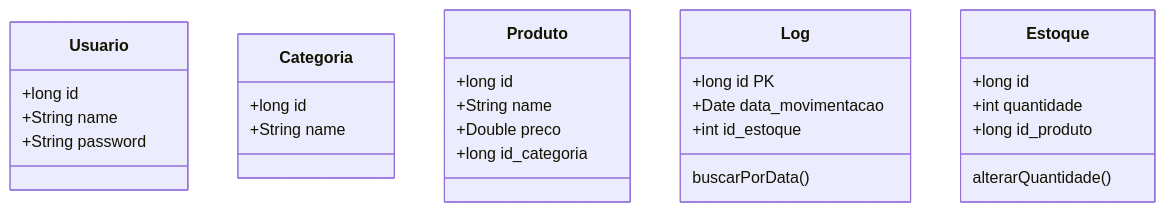
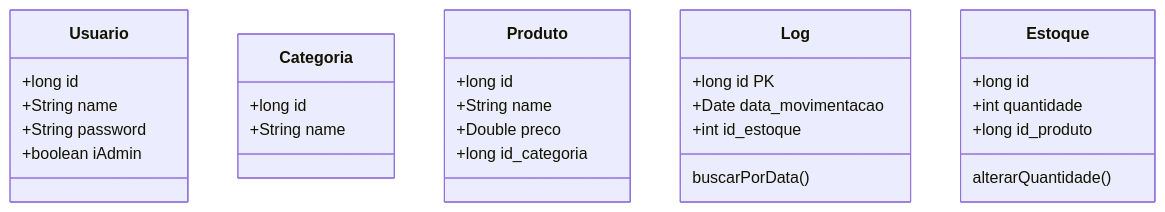
The first of 2 diagrams in docs/doc-modelos.md (uDiegoDantas/sistock), drawn with Mermaid before and after one commit. The commit also changed other lines of this file and 1 other file, not shown here.

Commit message:
fix: add novo perfil de usuario ao projeto (#21)

````diff
--- a/docs/doc-modelos.md
+++ b/docs/doc-modelos.md
@@ -7,24 +7,25 @@
 ```mermaid
 classDiagram
     Usuario : +long id
     Usuario : +String name
     Usuario : +String password
+    Usuario : +boolean iAdmin
 
     Categoria : +long id
     Categoria : +String name
 
     Produto : +long id
     Produto : +String name
     Produto : +Double preco
     Produto : +long id_categoria
 
     Log : +long id PK
     Log : +Date data_movimentacao
     Log : +int id_estoque
-    Log: buscarPorData()
+    Log : buscarPorData()
 
     Estoque: +long id
     Estoque: +int quantidade
     Estoque: +long id_produto
     Estoque: alterarQuantidade()
 ```
````
